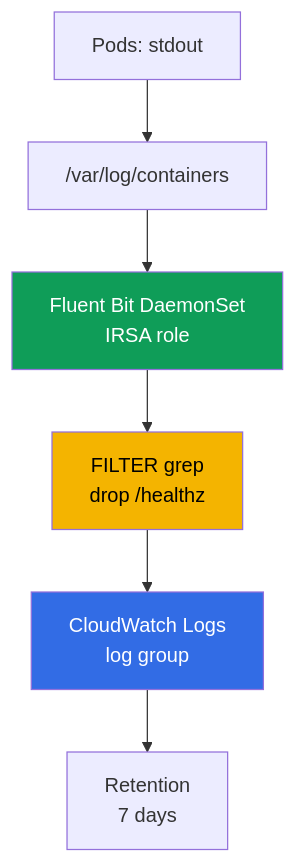
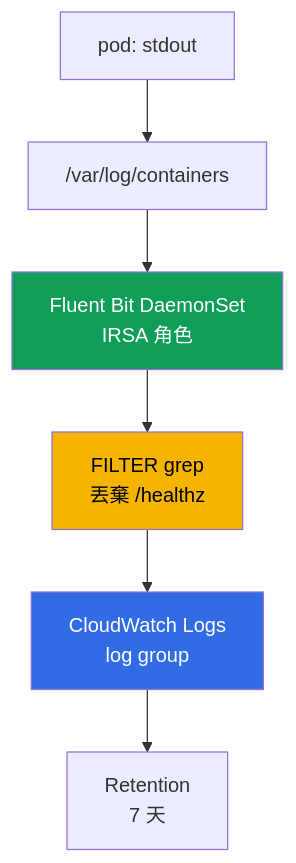
Before and after one commit to ViktorUJ/cks: the first of 2 diagrams in tasks/eks/labs/115/README_TW.MD, drawn with Mermaid. The commit also changed 221 other files, not shown here.

````diff
--- a/tasks/eks/labs/115/README_TW.MD
+++ b/tasks/eks/labs/115/README_TW.MD
@@ -43,13 +43,13 @@
 ```mermaid
 flowchart TB
-    app["Pods: stdout"]
+    app["pod: stdout"]
     files["/var/log/containers"]
-    fb["Fluent Bit DaemonSet<br>IRSA role"]
-    filt["FILTER grep<br>drop /healthz"]
+    fb["Fluent Bit DaemonSet<br>IRSA 角色"]
+    filt["FILTER grep<br>丟棄 /healthz"]
     cw["CloudWatch Logs<br>log group"]
-    ret["Retention<br>7 days"]
+    ret["Retention<br>7 天"]
     app --> files --> fb --> filt --> cw --> ret
     style fb fill:#0f9d58,color:#fff
     style filt fill:#f4b400,color:#000
     style cw fill:#326ce5,color:#fff
 ```
````
